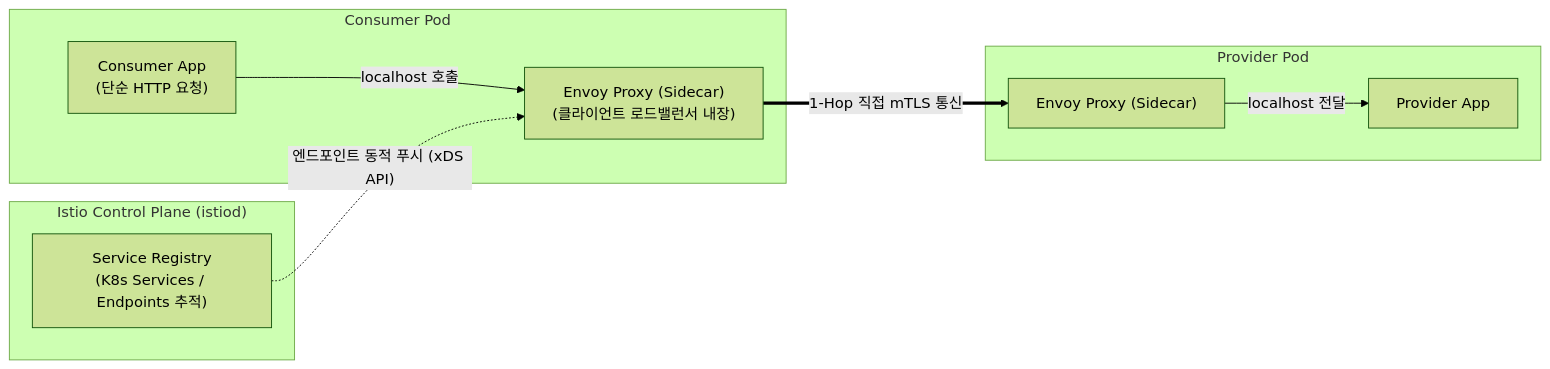
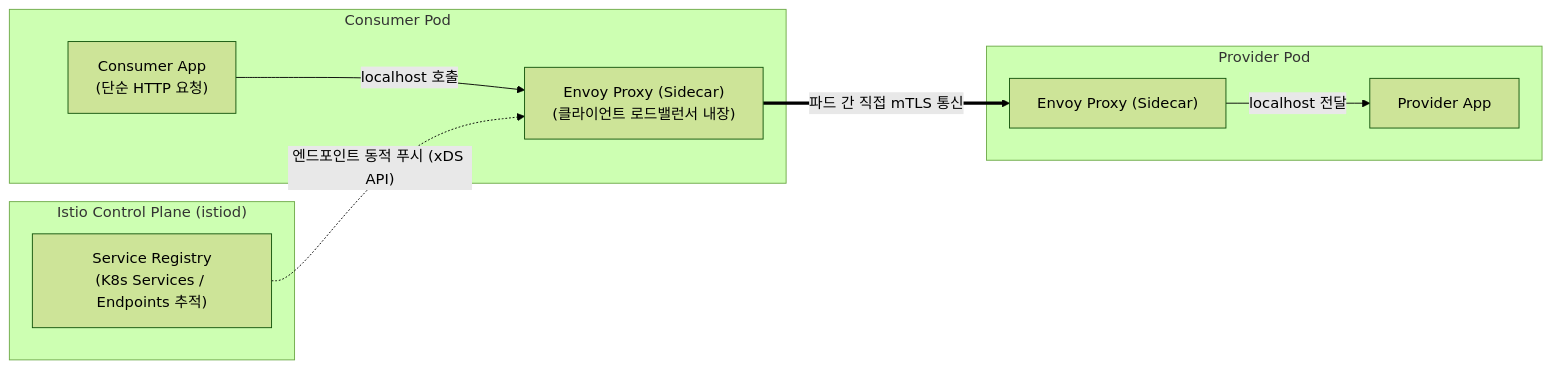
One commit to studylida/studylida.github.io changed the seventh of 7 diagrams in src/content/posts/service-discovery-deep-dive.md. Above: the diagram before and after it, drawn with Mermaid (forest theme). The commit also changed other lines of this file and 18 other files, not shown here.

````diff
--- a/src/content/posts/service-discovery-deep-dive.md
+++ b/src/content/posts/service-discovery-deep-dive.md
@@ -291,21 +291,21 @@
 ```mermaid
 flowchart LR
     subgraph Pod1 ["Consumer Pod"]
         App1["Consumer App<br/>(단순 HTTP 요청)"]
         Envoy1["Envoy Proxy (Sidecar)<br/>(클라이언트 로드밸런서 내장)"]
         App1 -->|"localhost 호출"| Envoy1
     end
 
     subgraph ControlPlane ["Istio Control Plane (istiod)"]
         MeshReg["Service Registry<br/>(K8s Services / Endpoints 추적)"]
     end
 
     subgraph Pod2 ["Provider Pod"]
         Envoy2["Envoy Proxy (Sidecar)"]
         App2["Provider App"]
         Envoy2 -->|"localhost 전달"| App2
     end
 
     MeshReg -.->|"엔드포인트 동적 푸시 (xDS API)"| Envoy1
-    Envoy1 ==>|"1-Hop 직접 mTLS 통신"| Envoy2
+    Envoy1 ==>|"파드 간 직접 mTLS 통신"| Envoy2
 ```
````
